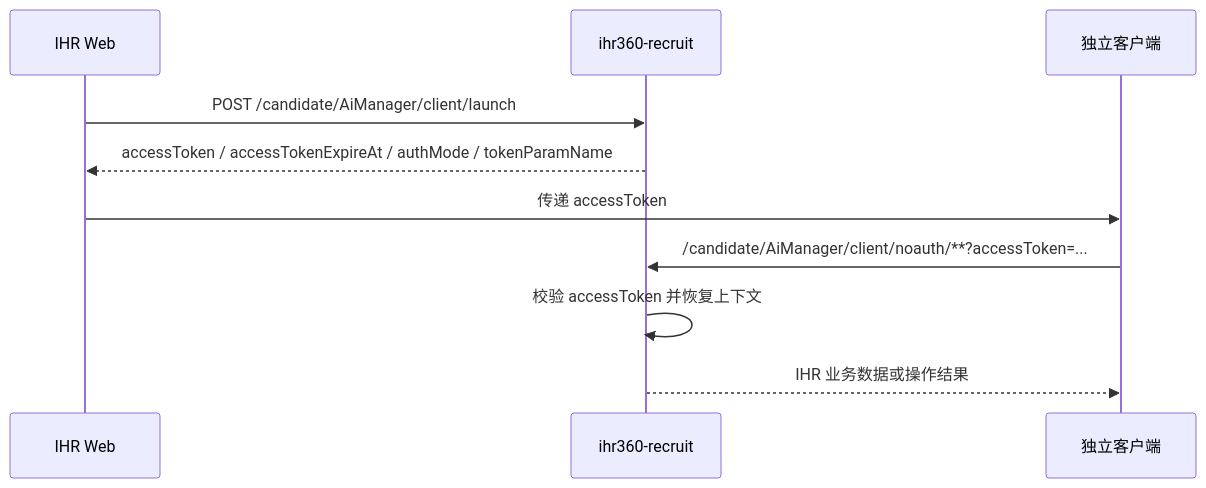
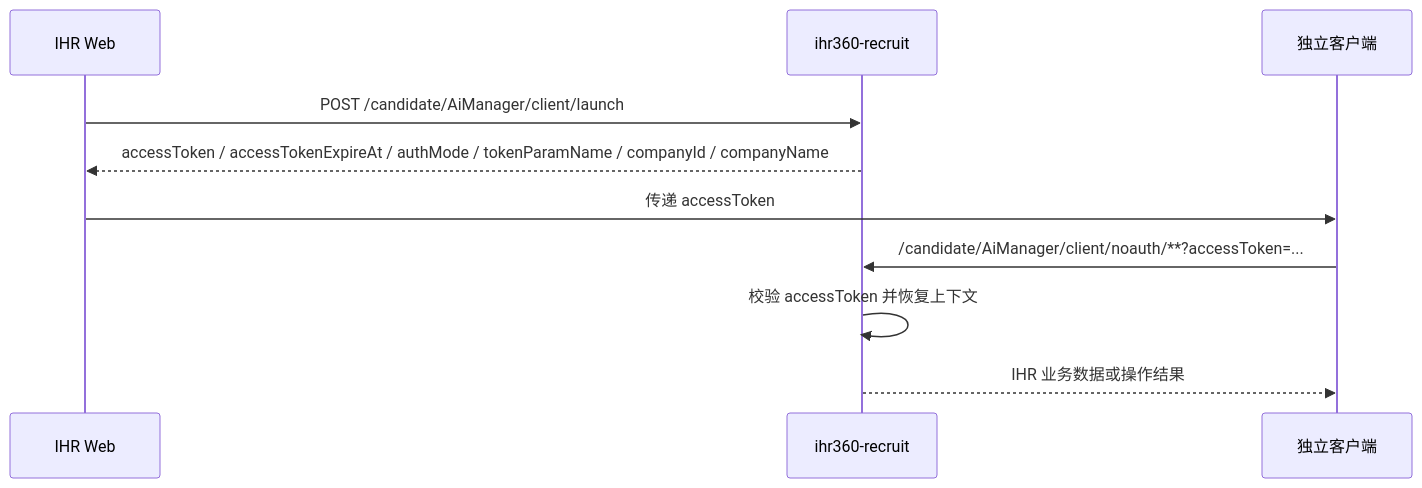
The diagram in docs/07-ihr-client-usage.md (recruiting-tool-360/irecruiting360-web-static), drawn with Mermaid before and after one commit. The commit also changed other lines of this file and 85 other files, not shown here.

````diff
--- a/docs/07-ihr-client-usage.md
+++ b/docs/07-ihr-client-usage.md
@@ -18,13 +18,13 @@
 ```mermaid
 sequenceDiagram
     participant Web as IHR Web
     participant Recruit as ihr360-recruit
     participant Client as 独立客户端
 
     Web->>Recruit: POST /candidate/AiManager/client/launch
-    Recruit-->>Web: accessToken / accessTokenExpireAt / authMode / tokenParamName
+    Recruit-->>Web: accessToken / accessTokenExpireAt / authMode / tokenParamName / companyId / companyName
     Web->>Client: 传递 accessToken
     Client->>Recruit: /candidate/AiManager/client/noauth/**?accessToken=...
     Recruit->>Recruit: 校验 accessToken 并恢复上下文
     Recruit-->>Client: IHR 业务数据或操作结果
 ```
````
